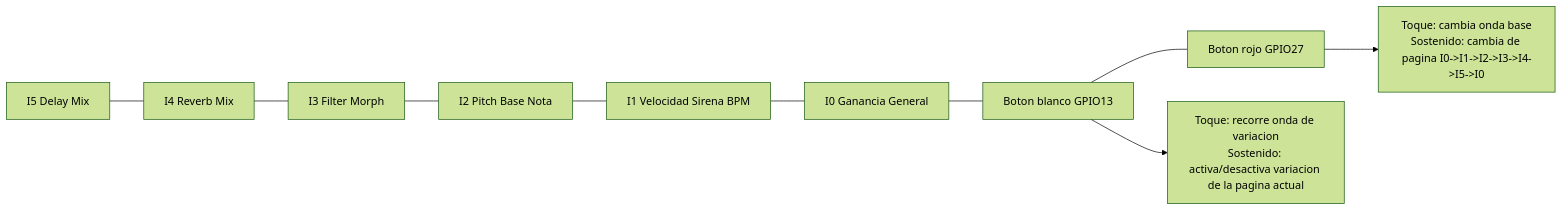
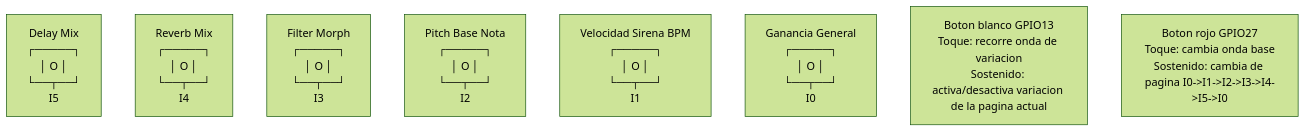
The second of 2 diagrams in README.md (pablex99/Synth), drawn with Mermaid (forest theme) before and after one commit. The commit also changed other lines of this file, not shown here.

Commit message:
Refine README diagram alignment and physical control layout (#11)

````diff
--- a/README.md
+++ b/README.md
@@ -37,9 +39,12 @@
 ```mermaid
 flowchart LR
-	P5["I5 Delay Mix"] --- P4["I4 Reverb Mix"] --- P3["I3 Filter Morph"] --- P2["I2 Pitch Base Nota"] --- P1["I1 Velocidad Sirena BPM"] --- P0["I0 Ganancia General"]
+	P5["Delay Mix<br/>┌─────┐<br/>│  O  │<br/>└──┬──┘<br/>I5"] --- P4["Reverb Mix<br/>┌─────┐<br/>│  O  │<br/>└──┬──┘<br/>I4"] --- P3["Filter Morph<br/>┌─────┐<br/>│  O  │<br/>└──┬──┘<br/>I3"] --- P2["Pitch Base Nota<br/>┌─────┐<br/>│  O  │<br/>└──┬──┘<br/>I2"] --- P1["Velocidad Sirena BPM<br/>┌─────┐<br/>│  O  │<br/>└──┬──┘<br/>I1"] --- P0["Ganancia General<br/>┌─────┐<br/>│  O  │<br/>└──┬──┘<br/>I0"] --- BW["Boton blanco GPIO13<br/>Toque: recorre onda de variacion<br/>Sostenido: activa/desactiva variacion de la pagina actual"] --- BR["Boton rojo GPIO27<br/>Toque: cambia onda base<br/>Sostenido: cambia de pagina I0->I1->I2->I3->I4->I5->I0"]
 
-	P0 --- BW["Boton blanco GPIO13"] --- BR["Boton rojo GPIO27"]
-
-	BW --> BW_DESC["Toque: recorre onda de variacion\nSostenido: activa/desactiva variacion de la pagina actual"]
-	BR --> BR_DESC["Toque: cambia onda base\nSostenido: cambia de pagina I0->I1->I2->I3->I4->I5->I0"]
+	linkStyle 0 stroke:transparent,stroke-width:0px
+	linkStyle 1 stroke:transparent,stroke-width:0px
+	linkStyle 2 stroke:transparent,stroke-width:0px
+	linkStyle 3 stroke:transparent,stroke-width:0px
+	linkStyle 4 stroke:transparent,stroke-width:0px
+	linkStyle 5 stroke:transparent,stroke-width:0px
+	linkStyle 6 stroke:transparent,stroke-width:0px
 ```
````
